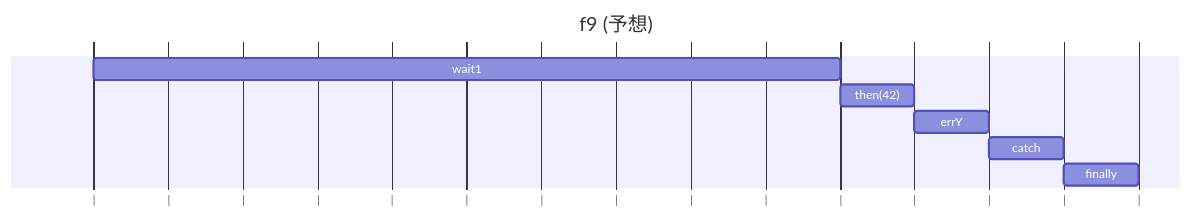
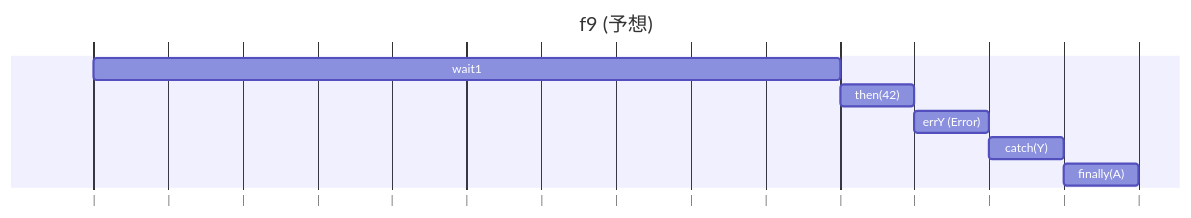
Before and after one commit to sugurucode/oreilly-javascript: diagram 13 of 20 in exercises/ch13/ex02/index.md, drawn with Mermaid. The commit also changed other lines of this file, not shown here.

````diff
--- a/exercises/ch13/ex02/index.md
+++ b/exercises/ch13/ex02/index.md
@@ -759,11 +660,11 @@
 ```mermaid
 gantt
   title f9 (予想)
   dateFormat  s
   axisFormat |
     wait1 :w1, 0, 1s
     then(42) :t42, after w1, 0.1s
-    errY  :eY, after t42, 0.1s
-    catch :cC, after eY, 0.1s
-    finally :fA, after cC, 0.1s
+    errY (Error) :eY, after t42, 0.1s
+    catch(Y) :cY, after eY, 0.1s
+    finally(A) :fA, after cY, 0.1s
 ```
````
